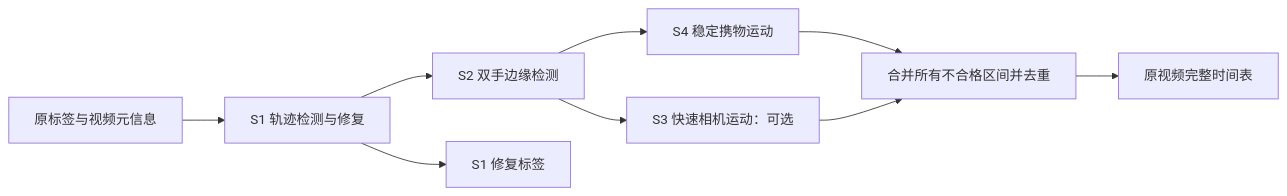
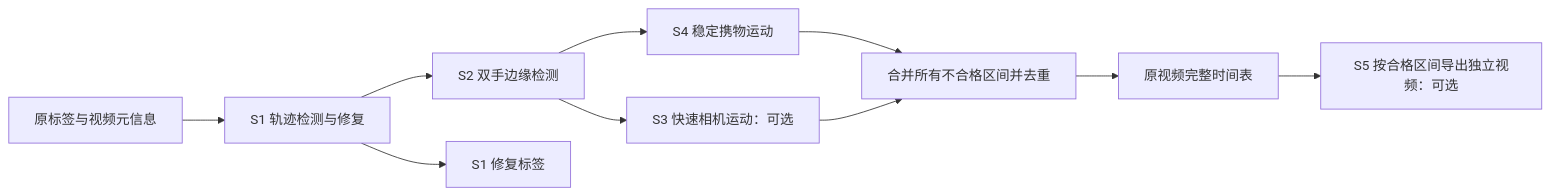
The diagram in README.md (rykflashv17-cr/egostandard-annotation-pipeline), drawn with Mermaid before and after one commit. The commit also changed other lines of this file and 6 other files, not shown here.

Commit message:
Add S5 frame-accurate video export from annotation timelines

````diff
--- a/README.md
+++ b/README.md
@@ -7,11 +7,12 @@
 ```mermaid
 flowchart LR
     A[原标签与视频元信息] --> B[S1 轨迹检测与修复]
     B --> C[S2 双手边缘检测]
     C --> D[S4 稳定携物运动]
     C --> E[S3 快速相机运动：可选]
     D --> F[合并所有不合格区间并去重]
     E --> F
     B --> G[S1 修复标签]
     F --> H[原视频完整时间表]
+    H --> I[S5 按合格区间导出独立视频：可选]
 ```
````
